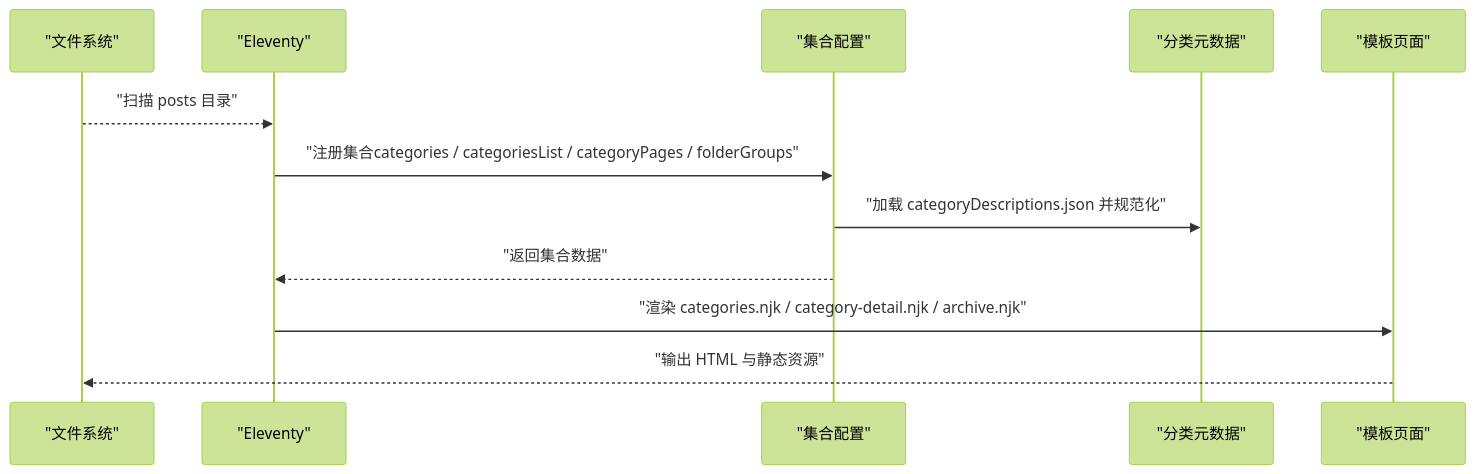
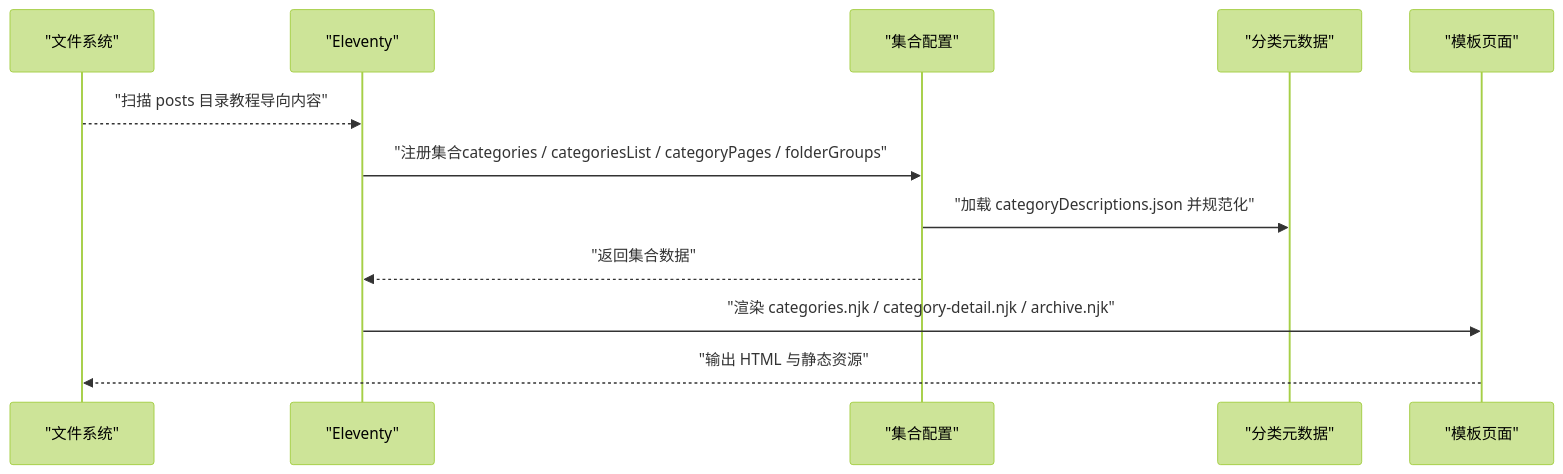
The second of 8 diagrams in .qoder/repowiki/zh/content/内容管理系统/内容组织结构.md (FXnadu/rainyNight-11ty), drawn with Mermaid (forest theme) before and after one commit. The commit also changed other lines of this file and 79 other files, not shown here.

````diff
--- a/.qoder/repowiki/zh/content/内容管理系统/内容组织结构.md
+++ b/.qoder/repowiki/zh/content/内容管理系统/内容组织结构.md
@@ -119,14 +134,14 @@
 ```mermaid
 sequenceDiagram
 participant FS as "文件系统"
 participant E as "Eleventy"
 participant C as "集合配置"
 participant M as "分类元数据"
 participant T as "模板页面"
-FS-->>E : "扫描 posts 目录"
+FS-->>E : "扫描 posts 目录教程导向内容"
 E->>C : "注册集合categories / categoriesList / categoryPages / folderGroups"
 C->>M : "加载 categoryDescriptions.json 并规范化"
 C-->>E : "返回集合数据"
 E->>T : "渲染 categories.njk / category-detail.njk / archive.njk"
 T-->>FS : "输出 HTML 与静态资源"
 ```
````
